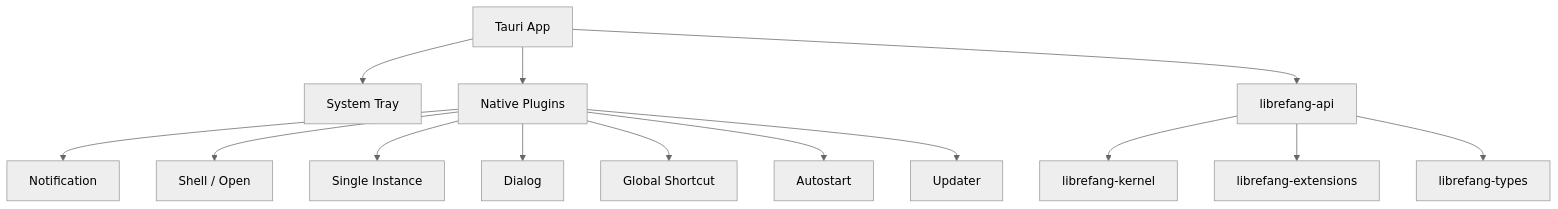
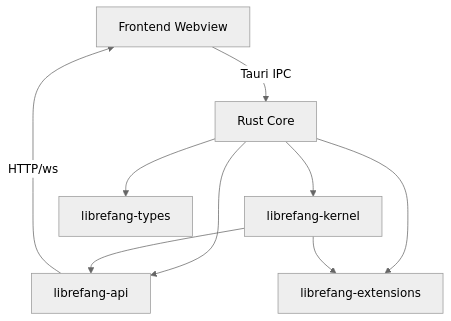
The diagram in other-librefang-desktop.md (leszek3737/librefang-WIki), drawn with Mermaid (neutral theme) before and after one commit. The commit also changed other lines of this file and 100 other files, not shown here.

````diff
--- a/other-librefang-desktop.md
+++ b/other-librefang-desktop.md
@@ -22,16 +9,11 @@
 ```mermaid
 graph TD
-    A[Tauri App] --> B[System Tray]
-    A --> C[Native Plugins]
-    C --> D[Notification]
-    C --> E[Shell / Open]
-    C --> F[Single Instance]
-    C --> G[Dialog]
-    C --> H[Global Shortcut]
-    C --> I[Autostart]
-    C --> J[Updater]
-    A --> K[librefang-api]
-    K --> L[librefang-kernel]
-    K --> M[librefang-extensions]
-    K --> N[librefang-types]
+    UI[Frontend Webview] -->|Tauri IPC| RC[Rust Core]
+    RC --> KK[librefang-kernel]
+    RC --> KA[librefang-api]
+    RC --> KE[librefang-extensions]
+    RC --> KT[librefang-types]
+    KA -->|HTTP/ws| UI
+    KK --> KA
+    KK --> KE
 ```
````
